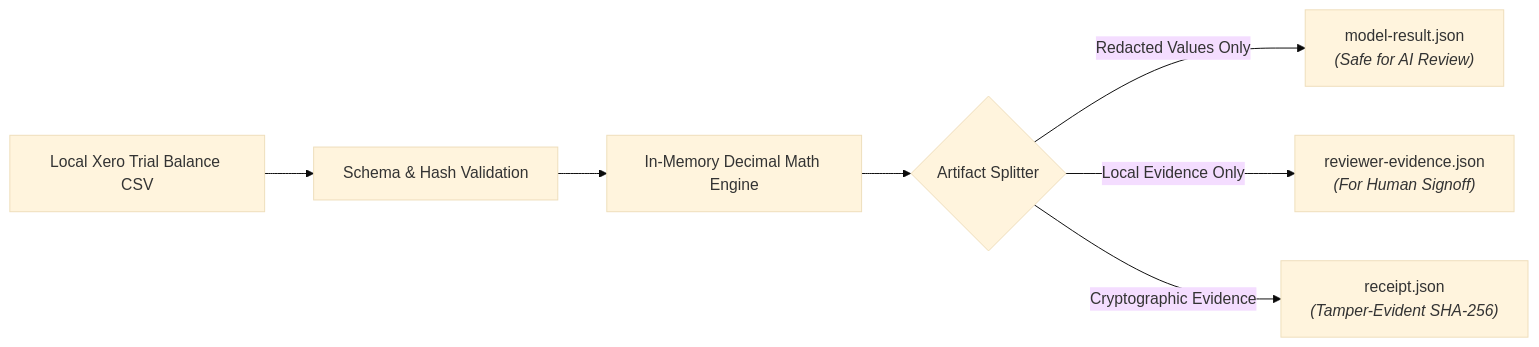
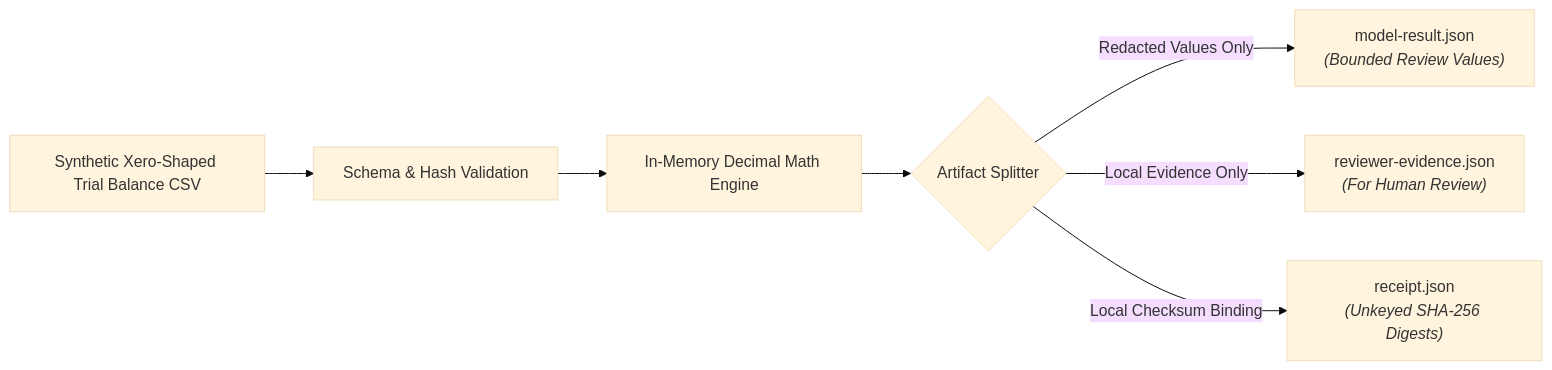
Before and after one commit to ryanduguid/xero-ledger-review-gate: the diagram in DATA-FLOW.md, drawn with Mermaid (base theme). The commit also changed other lines of this file and 2 other files, not shown here.

Commit message:
docs: correct receipt assurance claims (#51)

````diff
--- a/DATA-FLOW.md
+++ b/DATA-FLOW.md
@@ -13,10 +16,10 @@
 ```mermaid
 flowchart LR
-    Source["Local Xero Trial Balance CSV"] --> Ingestion["Schema & Hash Validation"]
+    Source["Synthetic Xero-Shaped Trial Balance CSV"] --> Ingestion["Schema & Hash Validation"]
     Ingestion --> Sandbox["In-Memory Decimal Math Engine"]
     Sandbox --> Split{"Artifact Splitter"}
     
-    Split -->|Redacted Values Only| ModelArtifact["model-result.json<br/><i>(Safe for AI Review)</i>"]
-    Split -->|Local Evidence Only| HumanArtifact["reviewer-evidence.json<br/><i>(For Human Signoff)</i>"]
-    Split -->|Cryptographic Evidence| Receipt["receipt.json<br/><i>(Tamper-Evident SHA-256)</i>"]
+    Split -->|Redacted Values Only| ModelArtifact["model-result.json<br/><i>(Bounded Review Values)</i>"]
+    Split -->|Local Evidence Only| HumanArtifact["reviewer-evidence.json<br/><i>(For Human Review)</i>"]
+    Split -->|Local Checksum Binding| Receipt["receipt.json<br/><i>(Unkeyed SHA-256 Digests)</i>"]
 ```
````
